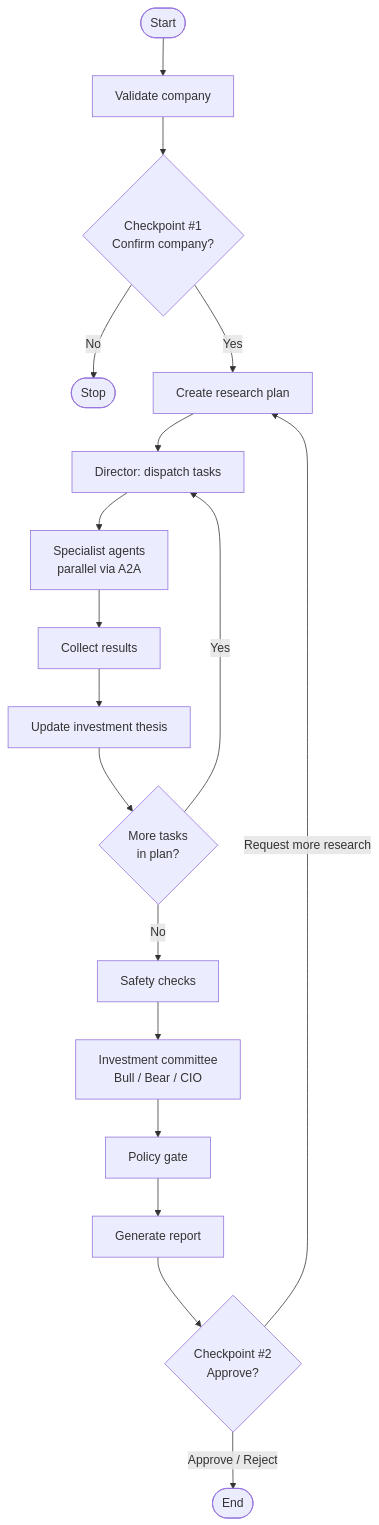
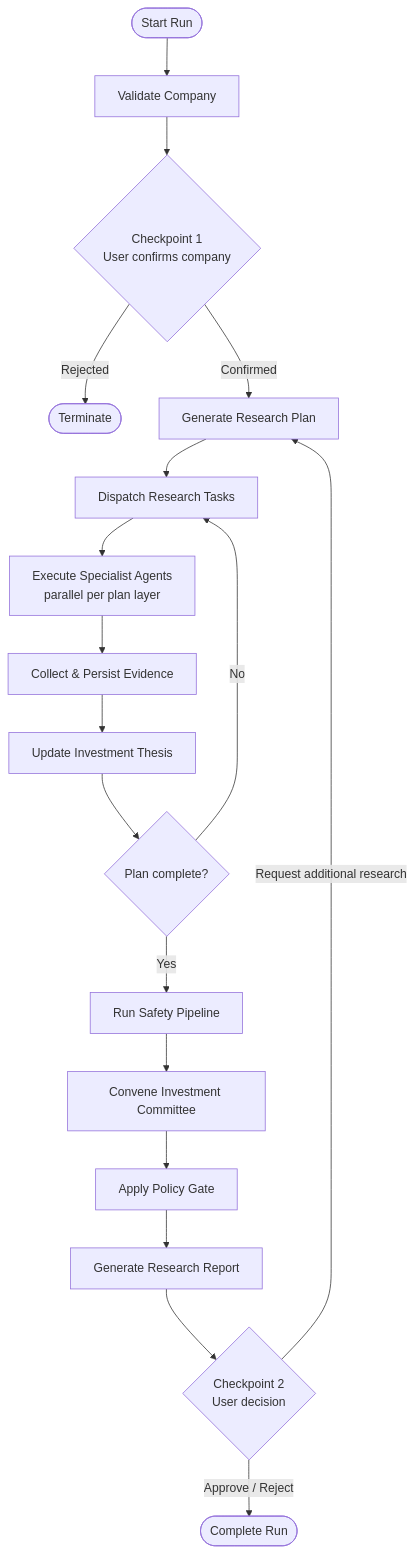
One commit to soniamannlehl-cloud/finalproject changed the third of 4 diagrams in ARCHITECTURE.md. Above: the diagram before and after it, drawn with Mermaid. The commit also changed other lines of this file, not shown here.

First line of the commit message:
Rewrite ARCHITECTURE.md as formal solution architecture document.

````diff
--- a/ARCHITECTURE.md
+++ b/ARCHITECTURE.md
@@ -80,22 +162,22 @@
 ```mermaid
 flowchart TD
-    START([Start]) --> VAL[Validate company]
-    VAL --> H1{Checkpoint #1<br/>Confirm company?}
-    H1 -->|No| END1([Stop])
-    H1 -->|Yes| PLAN[Create research plan]
-    PLAN --> DIR[Director: dispatch tasks]
+    A([Start Run]) --> B[Validate Company]
+    B --> C{Checkpoint 1<br/>User confirms company}
+    C -->|Rejected| Z([Terminate])
+    C -->|Confirmed| D[Generate Research Plan]
+    D --> E[Dispatch Research Tasks]
 
-    DIR --> SPEC[Specialist agents<br/>parallel via A2A]
-    SPEC --> COLL[Collect results]
-    COLL --> TH[Update investment thesis]
-    TH --> MORE{More tasks<br/>in plan?}
-    MORE -->|Yes| DIR
-    MORE -->|No| SAFE[Safety checks]
+    E --> F[Execute Specialist Agents<br/>parallel per plan layer]
+    F --> G[Collect & Persist Evidence]
+    G --> H[Update Investment Thesis]
+    H --> I{Plan complete?}
+    I -->|No| E
+    I -->|Yes| J[Run Safety Pipeline]
 
-    SAFE --> COMM[Investment committee<br/>Bull / Bear / CIO]
-    COMM --> SYN[Policy gate]
-    SYN --> RPT[Generate report]
-    RPT --> H2{Checkpoint #2<br/>Approve?}
-    H2 -->|Approve / Reject| DONE([End])
-    H2 -->|Request more research| PLAN
+    J --> K[Convene Investment Committee]
+    K --> L[Apply Policy Gate]
+    L --> M[Generate Research Report]
+    M --> N{Checkpoint 2<br/>User decision}
+    N -->|Approve / Reject| O([Complete Run])
+    N -->|Request additional research| D
 ```
````
